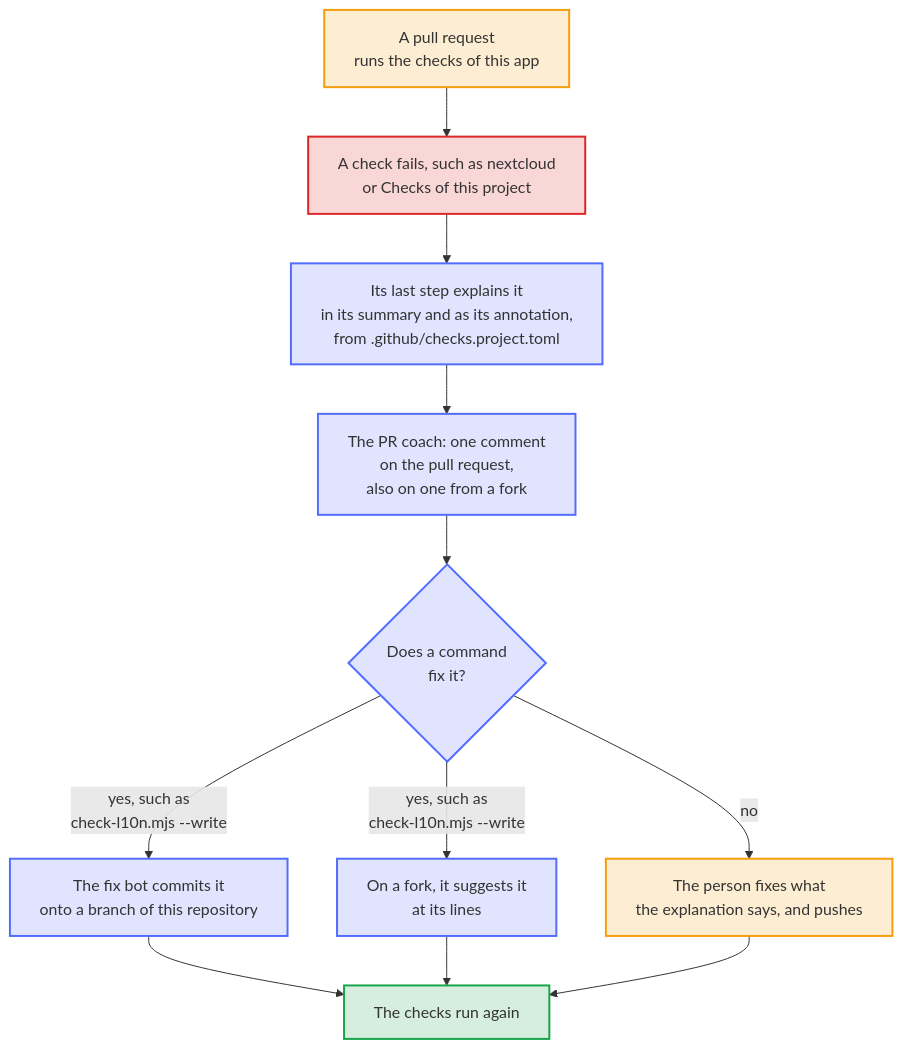
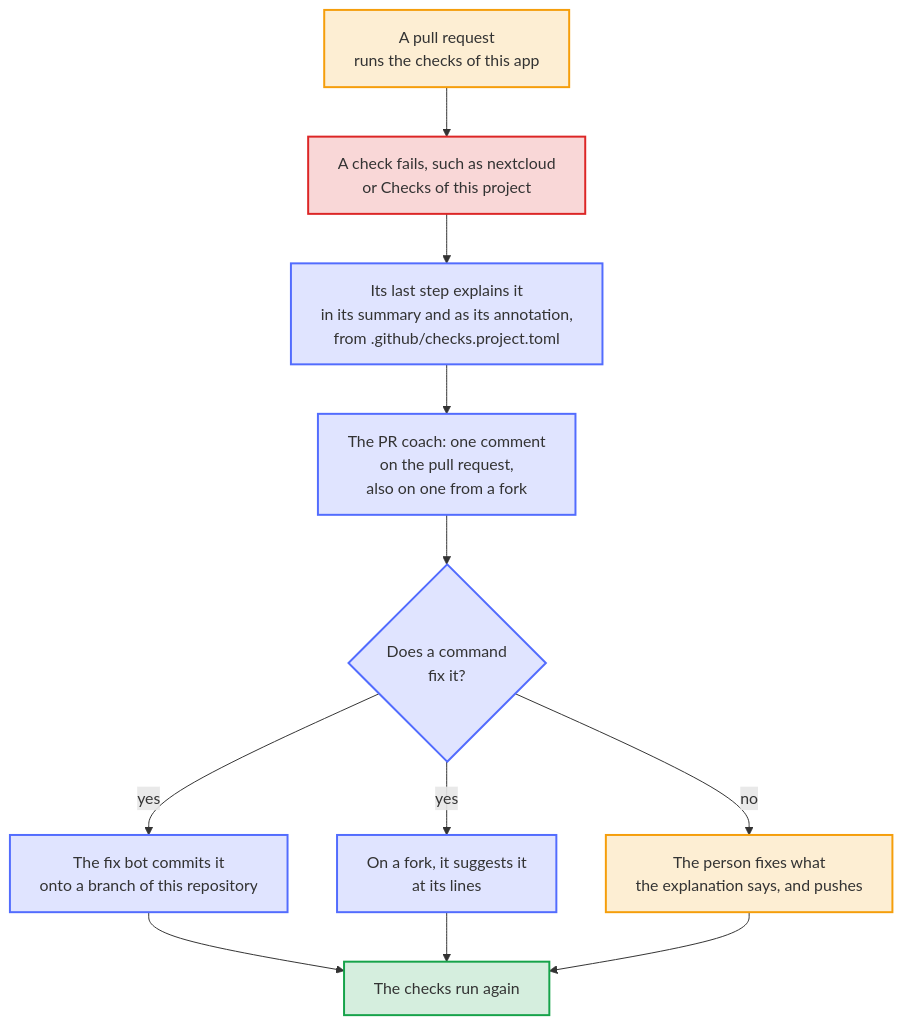
The diagram in docs/diagrams/when-a-check-of-the-app-fails.mmd (Dennis-Otto/paperless-unified-search), drawn with Mermaid before and after one commit. The commit also changed 8 other files, not shown here.

```diff
--- a/docs/diagrams/when-a-check-of-the-app-fails.mmd
+++ b/docs/diagrams/when-a-check-of-the-app-fails.mmd
@@ -1,32 +1,32 @@
 ---
 config:
   flowchart:
     wrappingWidth: 400
 ---
 flowchart TB
     accTitle: When a check of the app fails
-    accDescr: A pull request runs the checks of this app alone, such as nextcloud, the end-to-end tests, or the step Checks of this project of scripts/check.sh. When one fails, its last step writes its explanation from .github/checks.project.toml into the summary of the check and as its annotation: what it found, why that matters and how to fix it. After the checks, the PR coach keeps one comment on the pull request with that explanation, also on a pull request from a fork. Where a command fixes what the check found, such as node scripts/check-l10n.mjs --write for a JavaScript catalog of l10n/ that lags its JSON catalog, the fix bot commits the fix onto a branch of this repository and suggests it on a fork; otherwise the explanation tells the person what to do, and the next push runs the checks again.
+    accDescr: A pull request runs the checks of this app alone, such as nextcloud, the end-to-end tests, or the step Checks of this project of scripts/check.sh. When one fails, its last step writes its explanation from .github/checks.project.toml into the summary of the check and as its annotation: what it found, why that matters and how to fix it. After the checks, the PR coach keeps one comment on the pull request with that explanation, also on a pull request from a fork. Where a command fixes what the check found, the fix bot commits the fix onto a branch of this repository and suggests it on a fork; otherwise the explanation tells the person what to do, and the next push runs the checks again.
 
     push["A pull request<br>runs the checks of this app"]
     failed["A check fails, such as nextcloud<br>or Checks of this project"]
     explain["Its last step explains it<br>in its summary and as its annotation,<br>from .github/checks.project.toml"]
     coach["The PR coach: one comment<br>on the pull request,<br>also on one from a fork"]
     command{"Does a command<br>fix it?"}
     branch["The fix bot commits it<br>onto a branch of this repository"]
     fork["On a fork, it suggests it<br>at its lines"]
     person["The person fixes what<br>the explanation says, and pushes"]
     passed["The checks run again"]
 
     push --> failed --> explain --> coach --> command
-    command -- "yes, such as<br>check-l10n.mjs --write" --> branch & fork
+    command -- "yes" --> branch & fork
     command -- "no" --> person
     branch & fork & person --> passed
 
     classDef person fill:#f59e0b2e,stroke:#f59e0b,stroke-width:2px
     classDef bot fill:#526cfe2e,stroke:#526cfe,stroke-width:2px
     classDef done fill:#16a34a2e,stroke:#16a34a,stroke-width:2px
     classDef fail fill:#dc26262e,stroke:#dc2626,stroke-width:2px
     class push,person person
     class explain,coach,command,branch,fork bot
     class failed fail
     class passed done
```
